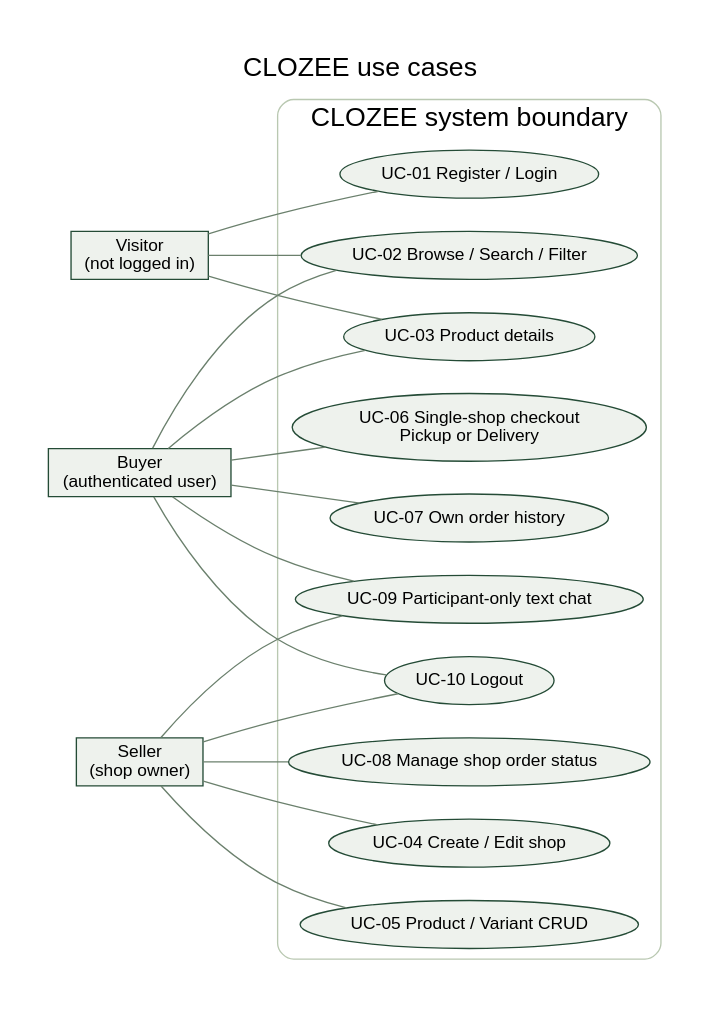
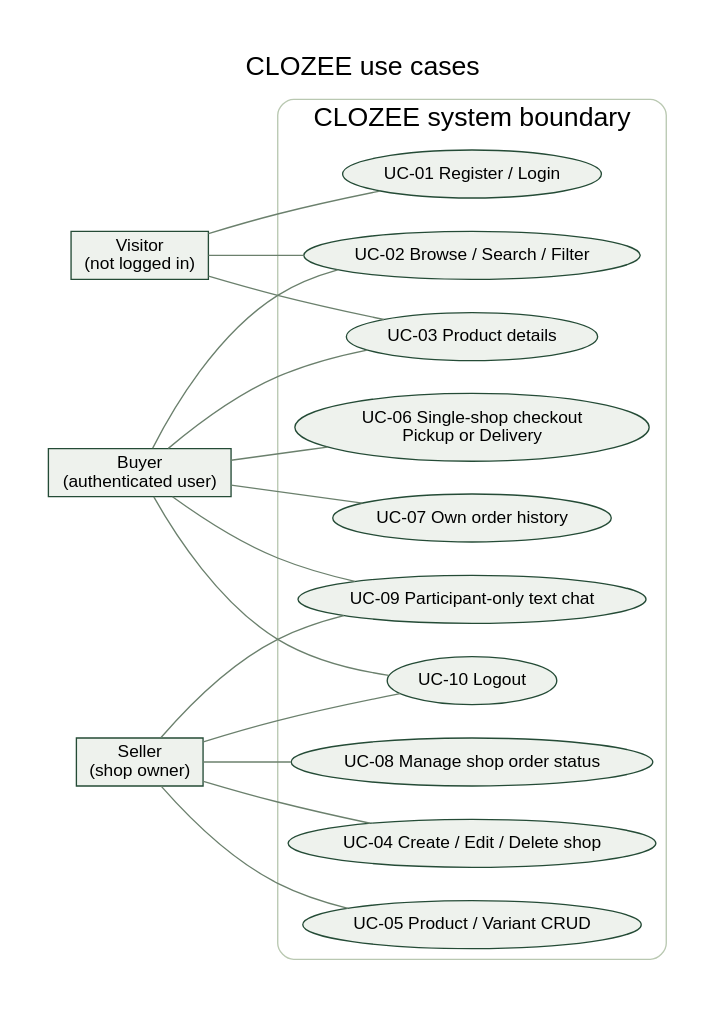
The diagram in docs/diagrams/use-cases.dot (Skyce38/CLOZEE), drawn with Graphviz before and after one commit. The commit also changed 3 other files, not shown here.

First line of the commit message:
Add shop deletion to the use case diagram

```diff
--- a/docs/diagrams/use-cases.dot
+++ b/docs/diagrams/use-cases.dot
@@ -1,25 +1,25 @@
 graph UseCases {
  graph [rankdir=LR,bgcolor=white,pad="0.4",nodesep="0.35",ranksep="0.6",fontname=Arial,fontsize=20,label="CLOZEE use cases",labelloc=t];
  node [fontname=Arial,fontsize=13,color="#244b36",style=filled,fillcolor="#eef2ed"];
  edge [color="#6b806d"];
  visitor [shape=box,label="Visitor\n(not logged in)"];
  buyer [shape=box,label="Buyer\n(authenticated user)"];
  seller [shape=box,label="Seller\n(shop owner)"];
  subgraph cluster_system {
   label="CLOZEE system boundary";color="#b9c8b1";style=rounded;
   node [shape=ellipse];
   auth [label="UC-01 Register / Login"];
   browse [label="UC-02 Browse / Search / Filter"];
   detail [label="UC-03 Product details"];
-  shop [label="UC-04 Create / Edit shop"];
+  shop [label="UC-04 Create / Edit / Delete shop"];
   product [label="UC-05 Product / Variant CRUD"];
   checkout [label="UC-06 Single-shop checkout\nPickup or Delivery"];
   history [label="UC-07 Own order history"];
   status [label="UC-08 Manage shop order status"];
   chat [label="UC-09 Participant-only text chat"];
   logout [label="UC-10 Logout"];
  }
  visitor -- auth;visitor -- browse;visitor -- detail;
  buyer -- browse;buyer -- detail;buyer -- checkout;buyer -- history;buyer -- chat;buyer -- logout;
  seller -- shop;seller -- product;seller -- status;seller -- chat;seller -- logout;
 }
```
